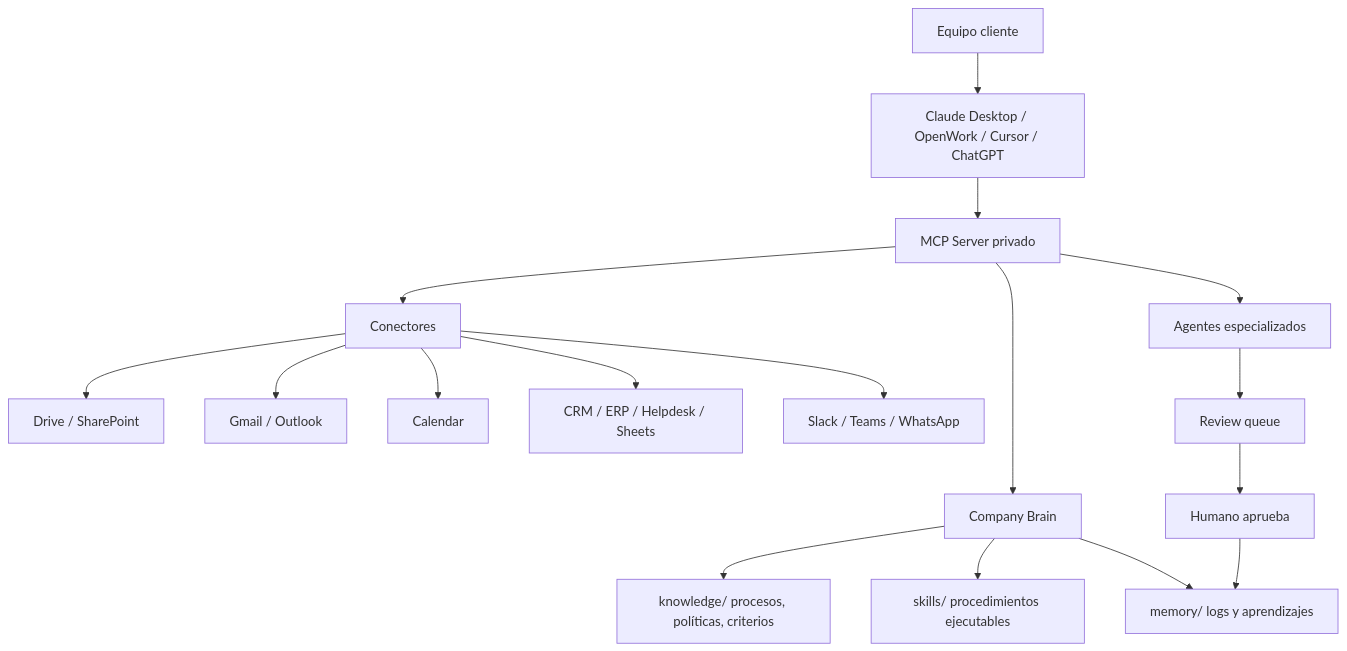
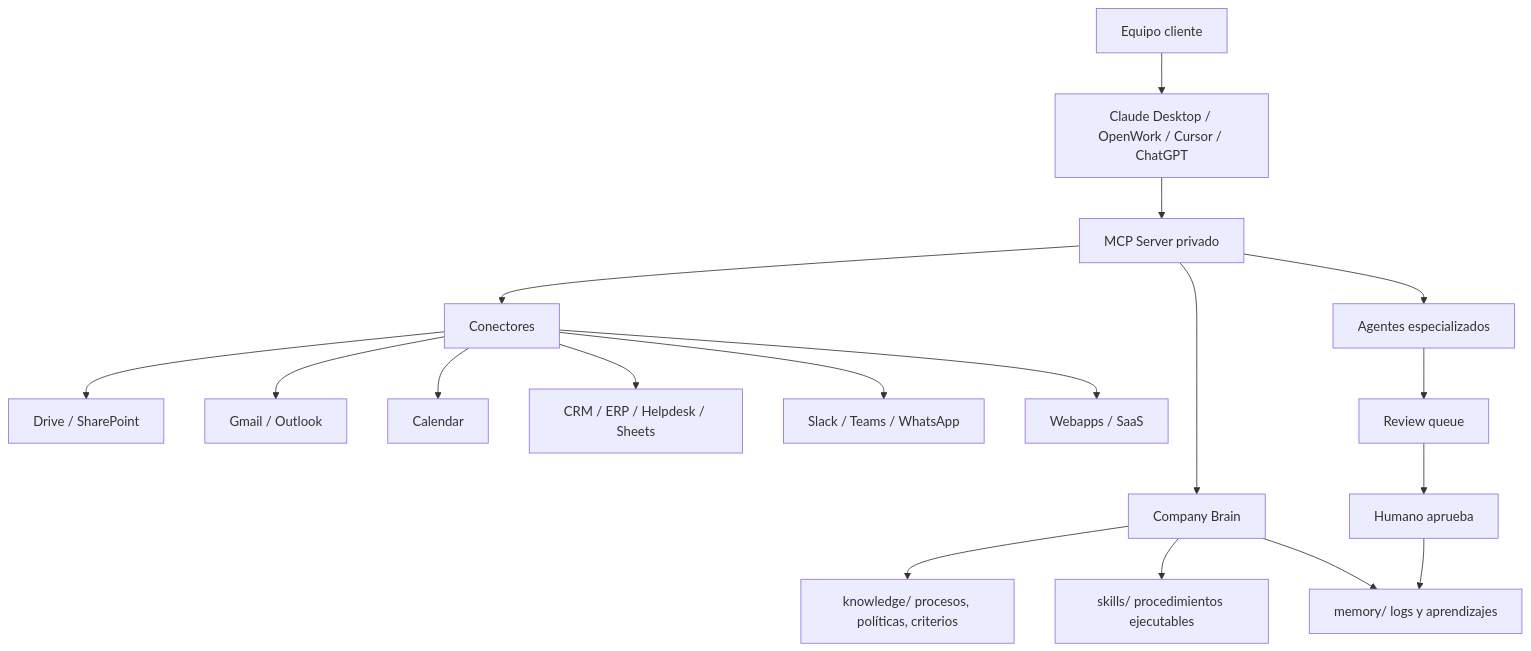
Before and after one commit to guillealcuaz55/openwork: the diagram in docs/brain-commercial-notes.md, drawn with Mermaid. The commit also changed 1 other file, not shown here.

Commit message:
Add Brain webapps SaaS architecture asset

````diff
--- a/docs/brain-commercial-notes.md
+++ b/docs/brain-commercial-notes.md
@@ -9,19 +9,20 @@
 ```mermaid
 flowchart TD
   U["Equipo cliente"] --> UI["Claude Desktop / OpenWork / Cursor / ChatGPT"]
   UI --> MCP["MCP Server privado"]
   MCP --> BRAIN["Company Brain"]
   BRAIN --> K["knowledge/ procesos, políticas, criterios"]
   BRAIN --> S["skills/ procedimientos ejecutables"]
   BRAIN --> M["memory/ logs y aprendizajes"]
   MCP --> TOOLS["Conectores"]
   TOOLS --> D["Drive / SharePoint"]
   TOOLS --> E["Gmail / Outlook"]
   TOOLS --> C["Calendar"]
   TOOLS --> CRM["CRM / ERP / Helpdesk / Sheets"]
   TOOLS --> CHAT["Slack / Teams / WhatsApp"]
+  TOOLS --> WEB["Webapps / SaaS"]
   MCP --> AG["Agentes especializados"]
   AG --> RQ["Review queue"]
   RQ --> H["Humano aprueba"]
   H --> M
 ```
````
